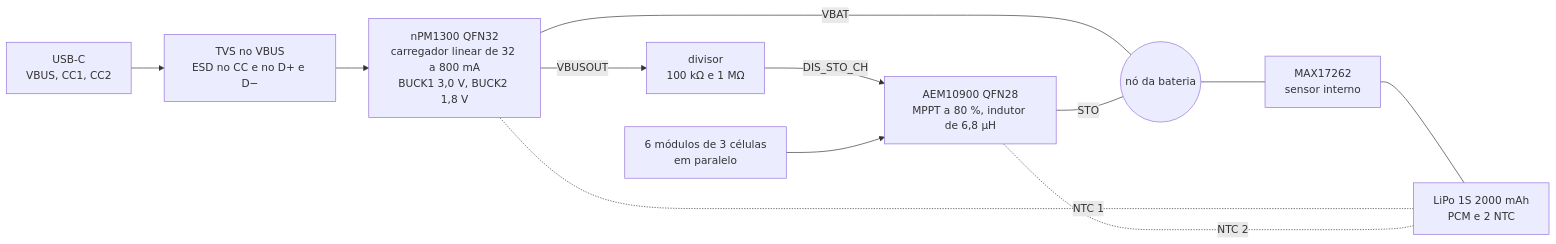
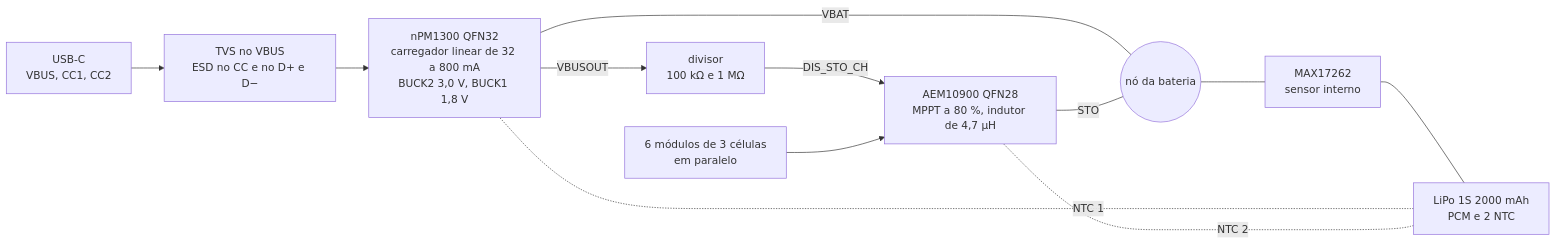
Before and after one commit to Guiimartinho/gnss-bike-computer: the second of 3 diagrams in docs/15-avaliacao-componentes.md, drawn with Mermaid. The commit also changed other lines of this file and 13 other files, not shown here.

````diff
--- a/docs/15-avaliacao-componentes.md
+++ b/docs/15-avaliacao-componentes.md
@@ -128,14 +131,14 @@
 ```mermaid
 flowchart LR
     USBC["USB-C<br/>VBUS, CC1, CC2"] --> PROT["TVS no VBUS<br/>ESD no CC e no D+ e D−"]
-    PROT --> NPM["nPM1300 QFN32<br/>carregador linear de 32 a 800 mA<br/>BUCK1 3,0 V, BUCK2 1,8 V"]
+    PROT --> NPM["nPM1300 QFN32<br/>carregador linear de 32 a 800 mA<br/>BUCK2 3,0 V, BUCK1 1,8 V"]
     NPM -->|"VBUSOUT"| DIV["divisor<br/>100 kΩ e 1 MΩ"]
     DIV -->|"DIS_STO_CH"| AEM
-    PV["6 módulos de 3 células<br/>em paralelo"] --> AEM["AEM10900 QFN28<br/>MPPT a 80 %, indutor de 6,8 µH"]
+    PV["6 módulos de 3 células<br/>em paralelo"] --> AEM["AEM10900 QFN28<br/>MPPT a 80 %, indutor de 4,7 µH"]
     NPM ---|"VBAT"| NODE(("nó da bateria"))
     AEM ---|"STO"| NODE
     NODE --- FG["MAX17262<br/>sensor interno"]
     FG --- CELL["LiPo 1S 2000 mAh<br/>PCM e 2 NTC"]
     CELL -.-|"NTC 1"| NPM
     CELL -.-|"NTC 2"| AEM
 ```
````
